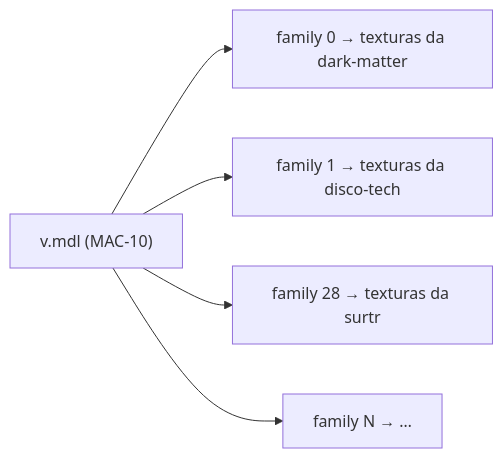
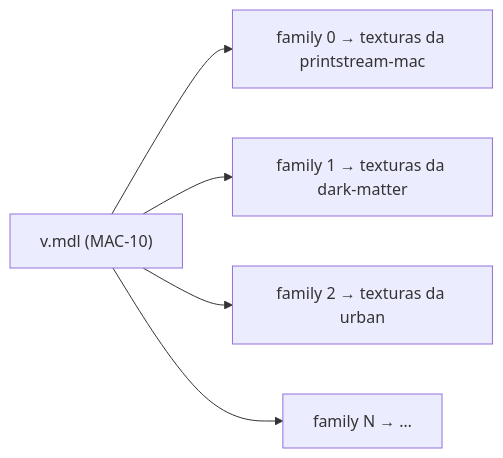
One commit to altair-sossai/l4d2-zone-server changed the diagram in docs/weapon-skins/02-assets.pt.md. Above: the diagram before and after it, drawn with Mermaid. The commit also changed other lines of this file and 46 other files, not shown here.

````diff
--- a/docs/weapon-skins/02-assets.pt.md
+++ b/docs/weapon-skins/02-assets.pt.md
@@ -56,7 +59,7 @@
 ```mermaid
 flowchart LR
-    M["v.mdl (MAC-10)"] --> F0["family 0 → texturas da dark-matter"]
-    M --> F1["family 1 → texturas da disco-tech"]
-    M --> F28["family 28 → texturas da surtr"]
+    M["v.mdl (MAC-10)"] --> F0["family 0 → texturas da printstream-mac"]
+    M --> F1["family 1 → texturas da dark-matter"]
+    M --> F2["family 2 → texturas da urban"]
     M --> FN["family N → …"]
 ```
````
